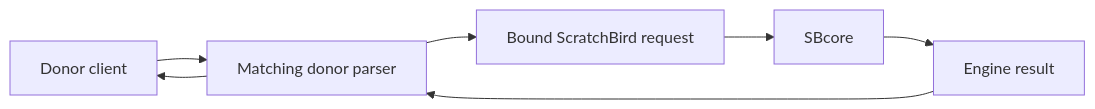
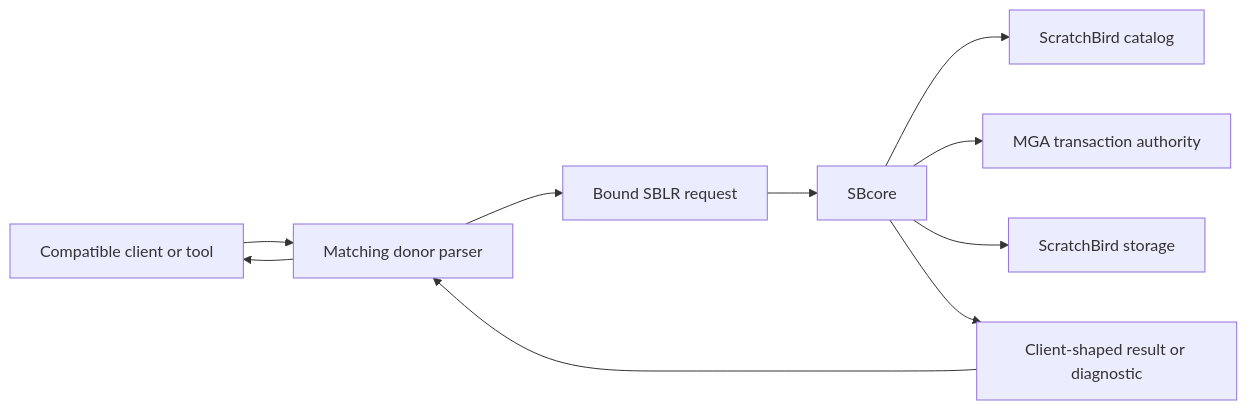
The first of 2 diagrams in docs/documentation/draft/Getting_Started/using_scratchbird/donor_database_compatibility.md (scratchbird-software-inc/ScratchBird), drawn with Mermaid before and after one commit. The commit also changed other lines of this file and 23 other files, not shown here.

````diff
--- a/docs/documentation/draft/Getting_Started/using_scratchbird/donor_database_compatibility.md
+++ b/docs/documentation/draft/Getting_Started/using_scratchbird/donor_database_compatibility.md
@@ -9,9 +13,21 @@
 ```mermaid
 flowchart LR
-    DonorClient[Donor client] --> DonorParser[Matching donor parser]
-    DonorParser --> Bound[Bound ScratchBird request]
-    Bound --> Engine[SBcore]
-    Engine --> Result[Engine result]
-    Result --> DonorParser
-    DonorParser --> DonorClient
+    Client[Compatible client or tool]
+    Parser[Matching donor parser]
+    SBLR[Bound SBLR request]
+    Engine[SBcore]
+    Catalog[ScratchBird catalog]
+    Txn[MGA transaction authority]
+    Storage[ScratchBird storage]
+    Result[Client-shaped result or diagnostic]
+
+    Client --> Parser
+    Parser --> SBLR
+    SBLR --> Engine
+    Engine --> Catalog
+    Engine --> Txn
+    Engine --> Storage
+    Engine --> Result
+    Result --> Parser
+    Parser --> Client
 ```
````
